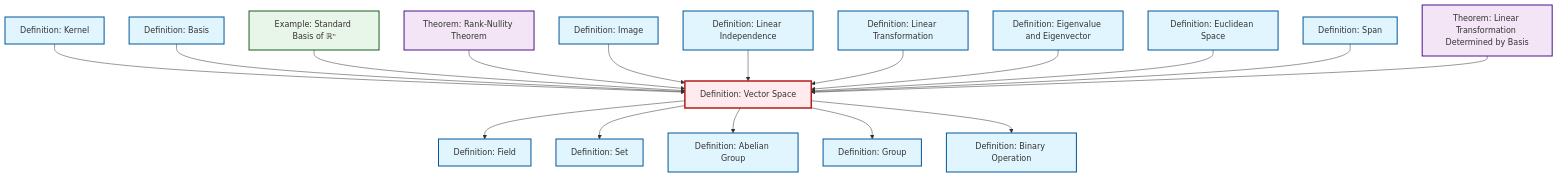
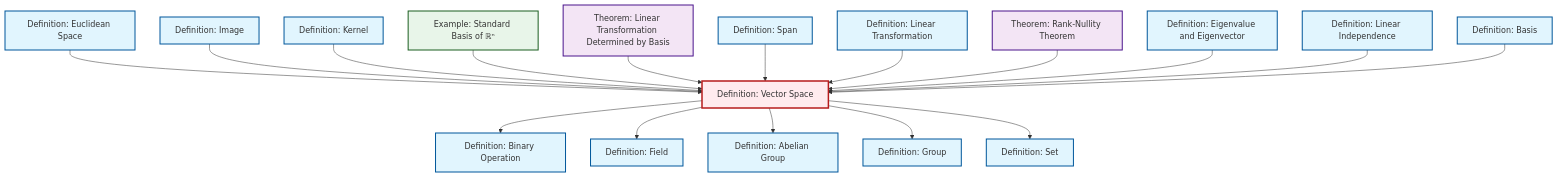
One commit to RK0429/ModernMath changed the diagram in content/en/algebra/def-vector-space.qmd. Above: the diagram before and after it, drawn with Mermaid. The commit also changed other lines of this file and 497 other files, not shown here.

````diff
--- a/content/en/algebra/def-vector-space.qmd
+++ b/content/en/algebra/def-vector-space.qmd
@@ -51,59 +51,59 @@
 ```{mermaid}
 %%| fig-cap: "Local dependency graph"
 graph TD
     classDef definition fill:#e1f5fe,stroke:#01579b,stroke-width:2px
     classDef theorem fill:#f3e5f5,stroke:#4a148c,stroke-width:2px
     classDef axiom fill:#fff3e0,stroke:#e65100,stroke-width:2px
     classDef example fill:#e8f5e9,stroke:#1b5e20,stroke-width:2px
     classDef current fill:#ffebee,stroke:#b71c1c,stroke-width:3px
+    def-field["Definition: Field"]:::definition
+    def-kernel["Definition: Kernel"]:::definition
+    def-eigenvalue-eigenvector["Definition: Eigenvalue and Eigenvector"]:::definition
+    def-set["Definition: Set"]:::definition
+    thm-rank-nullity["Theorem: Rank-Nullity Theorem"]:::theorem
+    def-vector-space["Definition: Vector Space"]:::definition
     def-basis["Definition: Basis"]:::definition
-    def-span["Definition: Span"]:::definition
-    def-abelian-group["Definition: Abelian Group"]:::definition
-    thm-linear-transformation-basis["Theorem: Linear Transformation Determined by Basis"]:::theorem
-    thm-rank-nullity["Theorem: Rank-Nullity Theorem"]:::theorem
-    def-kernel["Definition: Kernel"]:::definition
-    def-field["Definition: Field"]:::definition
     def-image["Definition: Image"]:::definition
-    def-set["Definition: Set"]:::definition
-    def-vector-space["Definition: Vector Space"]:::definition
-    def-eigenvalue-eigenvector["Definition: Eigenvalue and Eigenvector"]:::definition
-    ex-standard-basis-rn["Example: Standard Basis of ℝⁿ"]:::example
-    def-group["Definition: Group"]:::definition
     def-euclidean-space["Definition: Euclidean Space"]:::definition
-    def-linear-independence["Definition: Linear Independence"]:::definition
     def-binary-operation["Definition: Binary Operation"]:::definition
     def-linear-transformation["Definition: Linear Transformation"]:::definition
+    def-linear-independence["Definition: Linear Independence"]:::definition
+    def-group["Definition: Group"]:::definition
+    ex-standard-basis-rn["Example: Standard Basis of ℝⁿ"]:::example
+    thm-linear-transformation-basis["Theorem: Linear Transformation Determined by Basis"]:::theorem
+    def-abelian-group["Definition: Abelian Group"]:::definition
+    def-span["Definition: Span"]:::definition
+    def-vector-space --> def-binary-operation
     def-vector-space --> def-field
+    def-vector-space --> def-abelian-group
+    def-euclidean-space --> def-vector-space
+    def-image --> def-vector-space
+    def-kernel --> def-vector-space
+    ex-standard-basis-rn --> def-vector-space
+    thm-linear-transformation-basis --> def-vector-space
+    def-span --> def-vector-space
+    def-linear-transformation --> def-vector-space
+    def-vector-space --> def-group
+    thm-rank-nullity --> def-vector-space
+    def-eigenvalue-eigenvector --> def-vector-space
     def-vector-space --> def-set
-    def-kernel --> def-vector-space
+    def-linear-independence --> def-vector-space
     def-basis --> def-vector-space
-    ex-standard-basis-rn --> def-vector-space
-    def-vector-space --> def-abelian-group
-    thm-rank-nullity --> def-vector-space
-    def-image --> def-vector-space
-    def-linear-independence --> def-vector-space
-    def-linear-transformation --> def-vector-space
-    def-eigenvalue-eigenvector --> def-vector-space
-    def-euclidean-space --> def-vector-space
-    def-span --> def-vector-space
-    def-vector-space --> def-group
-    thm-linear-transformation-basis --> def-vector-space
-    def-vector-space --> def-binary-operation
     class def-vector-space current
+    click def-field "def-field.html" "Go to Field definition"
+    click def-kernel "def-kernel.html" "Go to Kernel definition"
+    click def-eigenvalue-eigenvector "def-eigenvalue-eigenvector.html" "Go to Eigenvalue and Eigenvector definition"
+    click def-set "def-set.html" "Go to Set definition"
+    click thm-rank-nullity "thm-rank-nullity.html" "Go to Rank-Nullity Theorem theorem"
     click def-basis "def-basis.html" "Go to Basis definition"
-    click def-span "def-span.html" "Go to Span definition"
-    click def-abelian-group "def-abelian-group.html" "Go to Abelian Group definition"
-    click thm-linear-transformation-basis "thm-linear-transformation-basis.html" "Go to Linear Transformation Determined by Basis theorem"
-    click thm-rank-nullity "thm-rank-nullity.html" "Go to Rank-Nullity Theorem theorem"
-    click def-kernel "def-kernel.html" "Go to Kernel definition"
-    click def-field "def-field.html" "Go to Field definition"
     click def-image "def-image.html" "Go to Image definition"
-    click def-set "def-set.html" "Go to Set definition"
-    click def-eigenvalue-eigenvector "def-eigenvalue-eigenvector.html" "Go to Eigenvalue and Eigenvector definition"
-    click ex-standard-basis-rn "ex-standard-basis-rn.html" "Go to Standard Basis of ℝⁿ example"
-    click def-group "def-group.html" "Go to Group definition"
     click def-euclidean-space "def-euclidean-space.html" "Go to Euclidean Space definition"
-    click def-linear-independence "def-linear-independence.html" "Go to Linear Independence definition"
     click def-binary-operation "def-binary-operation.html" "Go to Binary Operation definition"
     click def-linear-transformation "def-linear-transformation.html" "Go to Linear Transformation definition"
+    click def-linear-independence "def-linear-independence.html" "Go to Linear Independence definition"
+    click def-group "def-group.html" "Go to Group definition"
+    click ex-standard-basis-rn "ex-standard-basis-rn.html" "Go to Standard Basis of ℝⁿ example"
+    click thm-linear-transformation-basis "thm-linear-transformation-basis.html" "Go to Linear Transformation Determined by Basis theorem"
+    click def-abelian-group "def-abelian-group.html" "Go to Abelian Group definition"
+    click def-span "def-span.html" "Go to Span definition"
 ```
````
